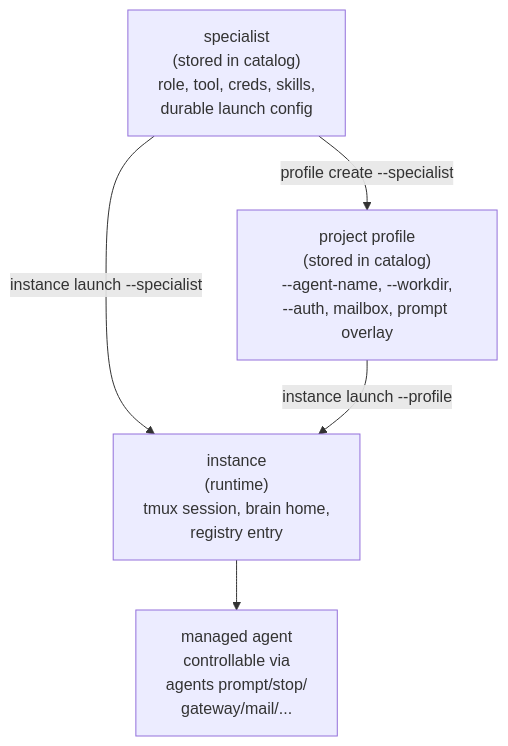
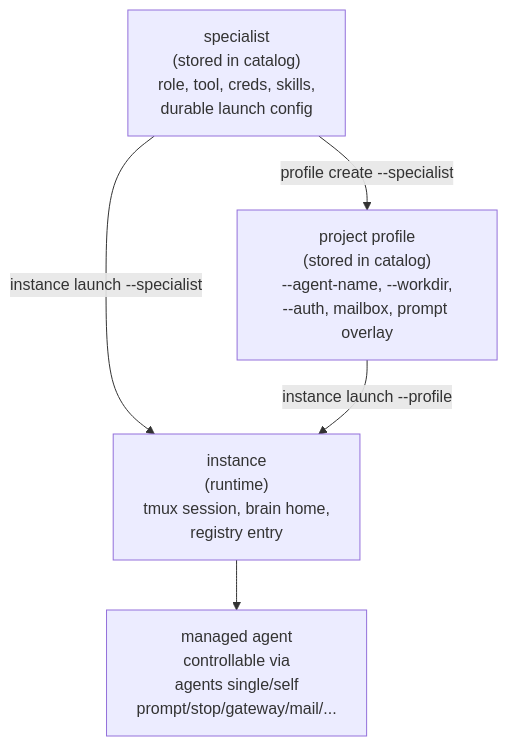
The diagram in docs/getting-started/easy-specialists.md (igamenovoer/houmao), drawn with Mermaid before and after one commit. The commit also changed other lines of this file and 151 other files, not shown here.

First line of the commit message:
feat: split managed-agent CLI scopes

````diff
--- a/docs/getting-started/easy-specialists.md
+++ b/docs/getting-started/easy-specialists.md
@@ -21,12 +21,12 @@
 ```mermaid
 flowchart TD
     S["specialist<br/>(stored in catalog)<br/>role, tool, creds, skills,<br/>durable launch config"]
     P["project profile<br/>(stored in catalog)<br/>--agent-name, --workdir,<br/>--auth, mailbox, prompt overlay"]
     I["instance<br/>(runtime)<br/>tmux session, brain home,<br/>registry entry"]
-    M["managed agent<br/>controllable via<br/>agents prompt/stop/<br/>gateway/mail/..."]
+    M["managed agent<br/>controllable via<br/>agents single/self<br/>prompt/stop/gateway/mail/..."]
 
     S -->|"instance launch --specialist"| I
     S -->|"profile create --specialist"| P
     P -->|"instance launch --profile"| I
     I --> M
 ```
````
